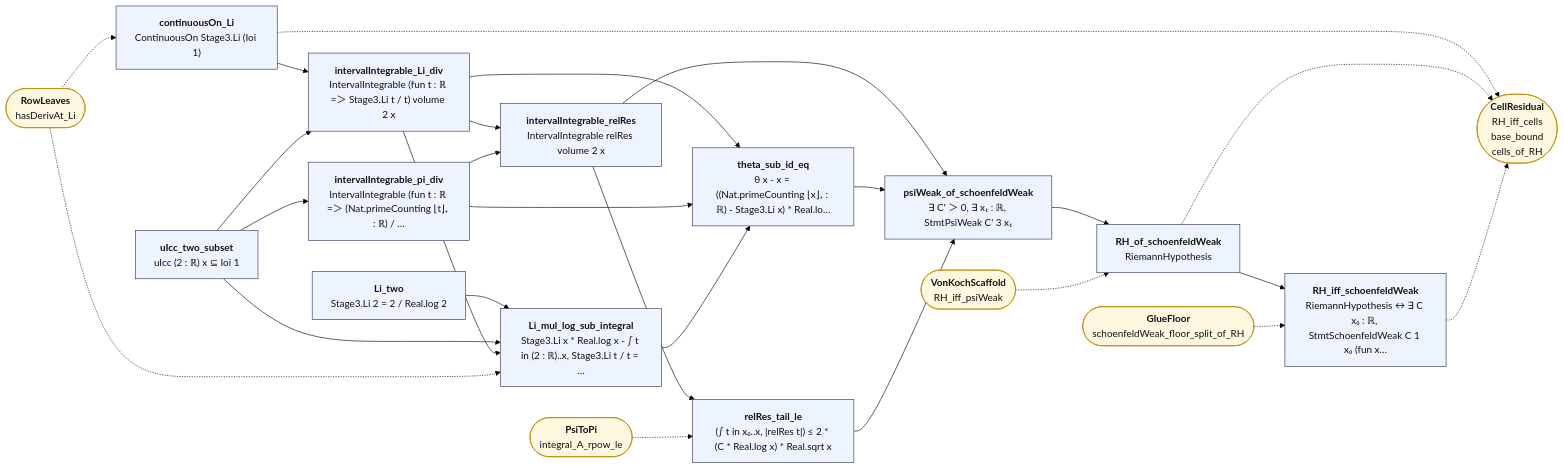
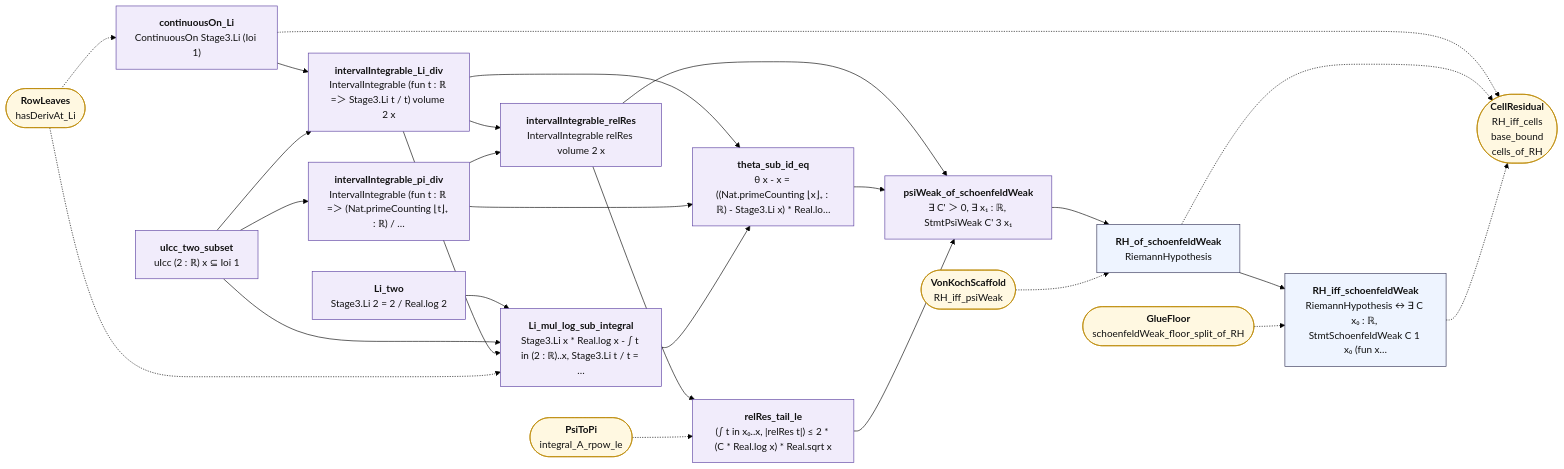
One commit to juliansambranojr/Primebeat_081426 changed the diagram in map/lean_stage3/PiToPsi.md. Above: the diagram before and after it, drawn with Mermaid (forest theme). The commit also changed other lines of this file and 398 other files, not shown here.

````diff
--- a/map/lean_stage3/PiToPsi.md
+++ b/map/lean_stage3/PiToPsi.md
@@ -12,50 +12,53 @@
 ```mermaid
 flowchart LR
-  n0["<b>Li_two</b><br/>Stage3.Li 2 = 2 / Real.log 2"]:::thm
-  n1["<b>continuousOn_Li</b><br/>ContinuousOn Stage3.Li (Ioi 1)"]:::thm
-  n2["<b>uIcc_two_subset</b><br/>uIcc (2 : ℝ) x ⊆ Ioi 1"]:::thm
-  n3["<b>intervalIntegrable_Li_div</b><br/>IntervalIntegrable (fun t : ℝ =＞ Stage3.Li t / t) volume 2 x"]:::thm
-  n4["<b>intervalIntegrable_pi_div</b><br/>IntervalIntegrable (fun t : ℝ =＞ (Nat.primeCounting ⌊t⌋₊ : ℝ) / …"]:::thm
-  n5["<b>Li_mul_log_sub_integral</b><br/>Stage3.Li x * Real.log x - ∫ t in (2 : ℝ)..x, Stage3.Li t / t = …"]:::thm
-  n6["<b>intervalIntegrable_relRes</b><br/>IntervalIntegrable relRes volume 2 x"]:::thm
-  n7["<b>theta_sub_id_eq</b><br/>θ x - x = ((Nat.primeCounting ⌊x⌋₊ : ℝ) - Stage3.Li x) * Real.lo…"]:::thm
-  n8["<b>relRes_tail_le</b><br/>(∫ t in x₀..x, |relRes t|) ≤ 2 * (C * Real.log x) * Real.sqrt x"]:::thm
-  n9["<b>psiWeak_of_schoenfeldWeak</b><br/>∃ C' ＞ 0, ∃ x₁ : ℝ, StmtPsiWeak C' 3 x₁"]:::thm
+  n0["<b>Li_two</b><br/>Stage3.Li 2 = 2 / Real.log 2"]:::shp
+  n1["<b>continuousOn_Li</b><br/>ContinuousOn Stage3.Li (Ioi 1)"]:::shp
+  n2["<b>uIcc_two_subset</b><br/>uIcc (2 : ℝ) x ⊆ Ioi 1"]:::shp
+  n3["<b>intervalIntegrable_Li_div</b><br/>IntervalIntegrable (fun t : ℝ =＞ Stage3.Li t / t) volume 2 x"]:::shp
+  n4["<b>intervalIntegrable_pi_div</b><br/>IntervalIntegrable (fun t : ℝ =＞ (Nat.primeCounting ⌊t⌋₊ : ℝ) / …"]:::shp
+  n5["<b>Li_mul_log_sub_integral</b><br/>Stage3.Li x * Real.log x - ∫ t in (2 : ℝ)..x, Stage3.Li t / t = …"]:::shp
+  n6["<b>intervalIntegrable_relRes</b><br/>IntervalIntegrable relRes volume 2 x"]:::shp
+  n7["<b>theta_sub_id_eq</b><br/>θ x - x = ((Nat.primeCounting ⌊x⌋₊ : ℝ) - Stage3.Li x) * Real.lo…"]:::shp
+  n8["<b>relRes_tail_le</b><br/>(∫ t in x₀..x, |relRes t|) ≤ 2 * (C * Real.log x) * Real.sqrt x"]:::shp
+  n9["<b>psiWeak_of_schoenfeldWeak</b><br/>∃ C' ＞ 0, ∃ x₁ : ℝ, StmtPsiWeak C' 3 x₁"]:::shp
   n10["<b>RH_of_schoenfeldWeak</b><br/>RiemannHypothesis"]:::thm
   n11["<b>RH_iff_schoenfeldWeak</b><br/>RiemannHypothesis ↔ ∃ C x₀ : ℝ, StmtSchoenfeldWeak C 1 x₀ (fun x…"]:::thm
   x0(["<b>RowLeaves</b><br/>hasDerivAt_Li"]):::ext
   x1(["<b>CellResidual</b><br/>RH_iff_cells<br/>base_bound<br/>cells_of_RH"]):::ext
   x2(["<b>PsiToPi</b><br/>integral_A_rpow_le"]):::ext
   x3(["<b>VonKochScaffold</b><br/>RH_iff_psiWeak"]):::ext
   x4(["<b>GlueFloor</b><br/>schoenfeldWeak_floor_split_of_RH"]):::ext
   n0 --> n5
   n1 --> n3
   n10 --> n11
   n2 --> n3
   n2 --> n4
   n2 --> n5
   n3 --> n5
   n3 --> n6
   n3 --> n7
   n4 --> n6
   n4 --> n7
   n5 --> n7
   n6 --> n8
   n6 --> n9
   n7 --> n9
   n8 --> n9
   n9 --> n10
   n1 -.-> x1
   n10 -.-> x1
   n11 -.-> x1
   x0 -.-> n1
   x0 -.-> n5
   x2 -.-> n8
   x3 -.-> n10
   x4 -.-> n11
+  classDef cnt fill:#dff5ec,stroke:#17694a,color:#111
+  classDef shp fill:#f1ecfb,stroke:#5b3fa0,color:#111
+  classDef rh fill:#ffe5e5,stroke:#c22,color:#111,stroke-width:2px
   classDef thm fill:#eef4ff,stroke:#335,color:#111
   classDef end_ fill:#e7f7e7,stroke:#2a7,color:#111,stroke-width:2px
   classDef lone fill:#fff,stroke:#999,color:#111,stroke-dasharray:4 3
   classDef bad fill:#ffe5e5,stroke:#c22,color:#111,stroke-width:2px
   classDef ext fill:#fff8e1,stroke:#b80,color:#111
 ```
````
